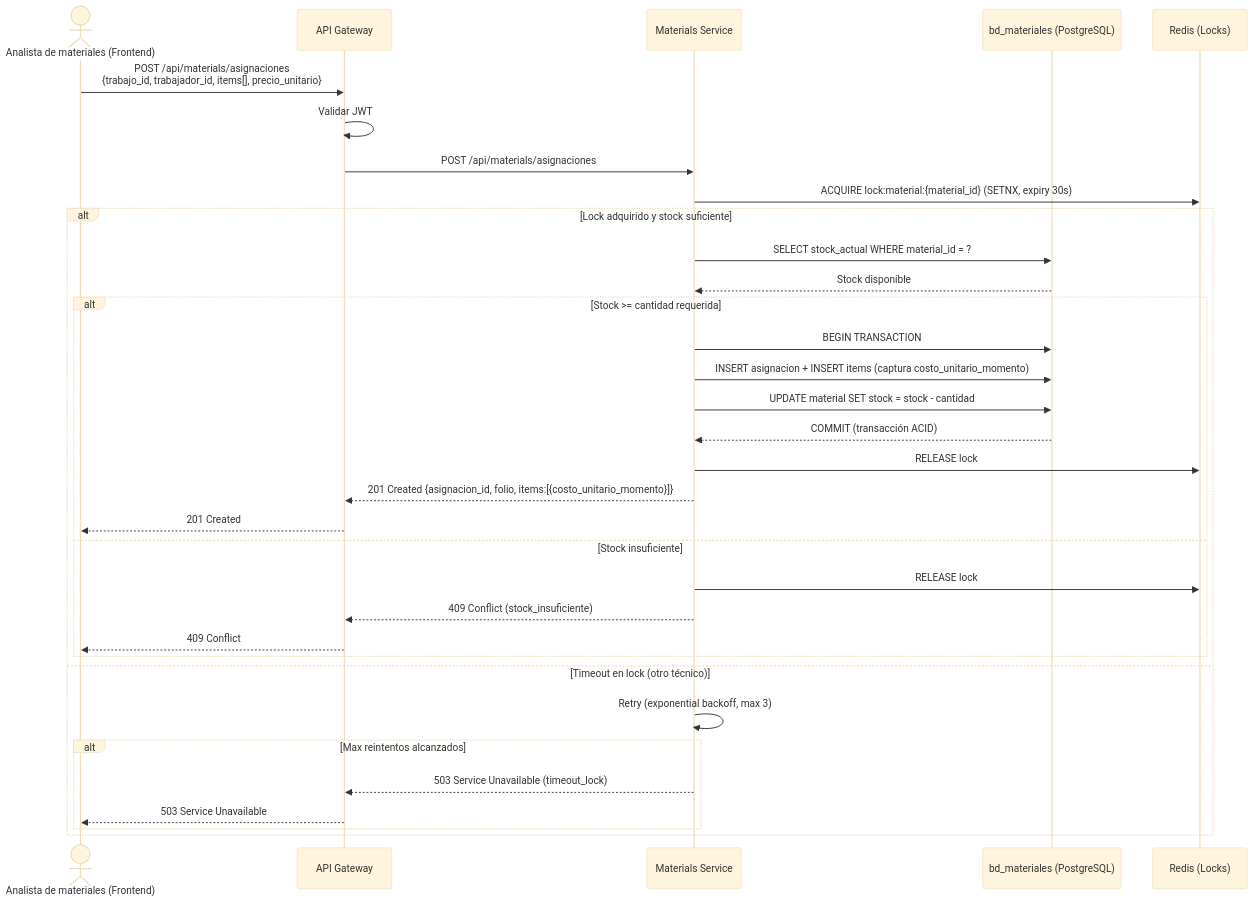
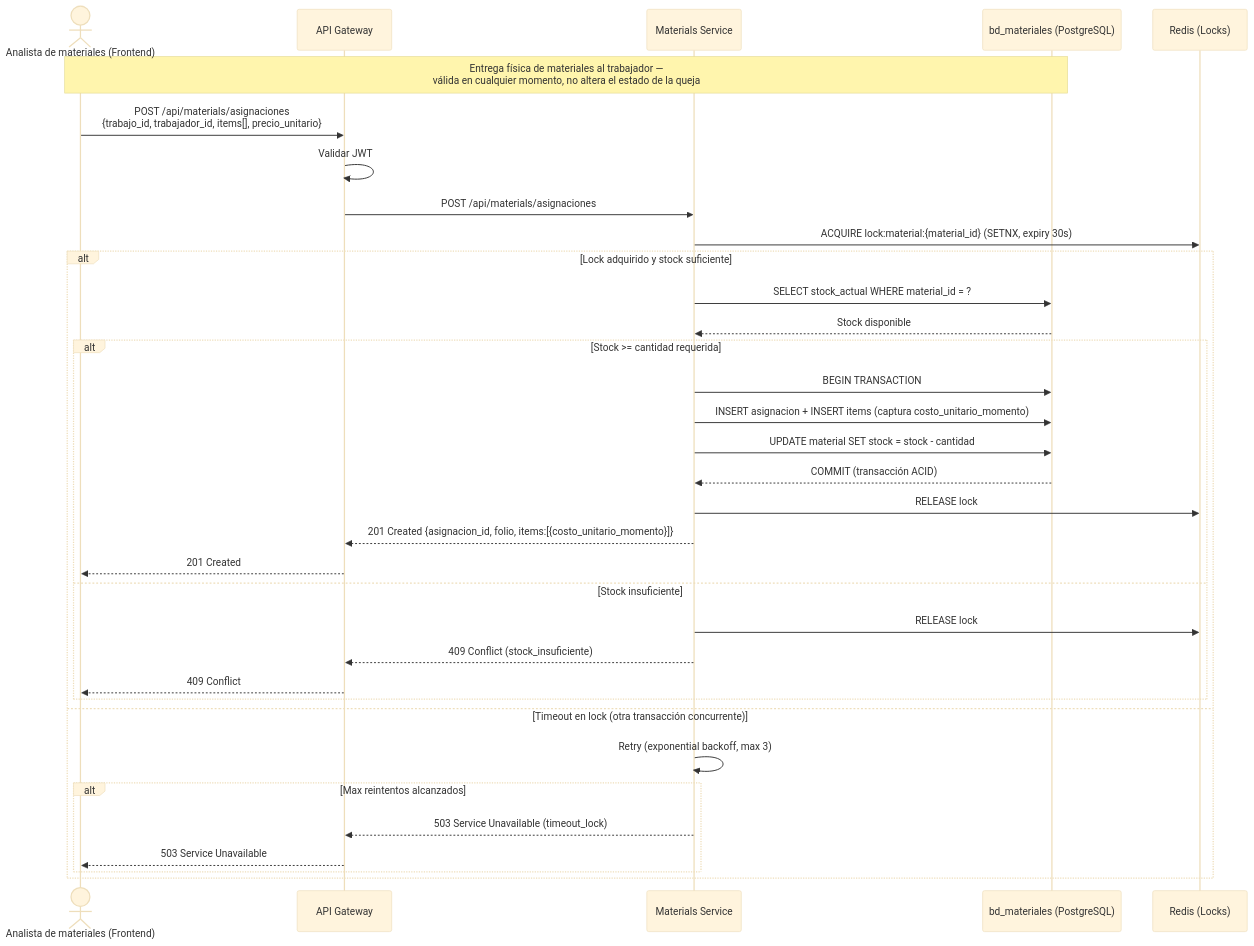
The fourth of 5 diagrams in docs/diagrams/sequence_diagrams/sequence_diagrams.md (ybotet/SISGAD5_1.0), drawn with Mermaid (base theme) before and after one commit. The commit also changed other lines of this file, not shown here.

First line of the commit message:
docs(diagrams): v2.7 secuencia — consolidación real a 5 escenarios (ex-Esc.5 consumo y ex-Esc.6 saga absorbidos en Esc.1 como reglas 9-10; Esc.4 corregido: asignación ≠ consumo, entrega física en cualquier momento; renumeración y changelog v2.0-v2.7 completo)

````diff
--- a/docs/diagrams/sequence_diagrams/sequence_diagrams.md
+++ b/docs/diagrams/sequence_diagrams/sequence_diagrams.md
@@ -264,36 +263,37 @@
 ```mermaid
 sequenceDiagram
     actor T as Analista de materiales (Frontend)
     participant GW as API Gateway
     participant MS as Materials Service
     participant MADB as bd_materiales (PostgreSQL)
     participant RDX as Redis (Locks)
 
+    Note over T,MADB: Entrega física de materiales al trabajador —<br/>válida en cualquier momento, no altera el estado de la queja
     T->>GW: POST /api/materials/asignaciones<br/>{trabajo_id, trabajador_id, items[], precio_unitario}
     GW->>GW: Validar JWT
     GW->>MS: POST /api/materials/asignaciones
     MS->>RDX: ACQUIRE lock:material:{material_id} (SETNX, expiry 30s)
     alt Lock adquirido y stock suficiente
         MS->>MADB: SELECT stock_actual WHERE material_id = ?
         MADB-->>MS: Stock disponible
         alt Stock >= cantidad requerida
             MS->>MADB: BEGIN TRANSACTION
             MS->>MADB: INSERT asignacion + INSERT items (captura costo_unitario_momento)
             MS->>MADB: UPDATE material SET stock = stock - cantidad
             MADB-->>MS: COMMIT (transacción ACID)
             MS->>RDX: RELEASE lock
             MS-->>GW: 201 Created {asignacion_id, folio, items:[{costo_unitario_momento}]}
             GW-->>T: 201 Created
         else Stock insuficiente
             MS->>RDX: RELEASE lock
             MS-->>GW: 409 Conflict (stock_insuficiente)
             GW-->>T: 409 Conflict
         end
-    else Timeout en lock (otro técnico)
+    else Timeout en lock (otra transacción concurrente)
         MS->>MS: Retry (exponential backoff, max 3)
         alt Max reintentos alcanzados
             MS-->>GW: 503 Service Unavailable (timeout_lock)
             GW-->>T: 503 Service Unavailable
         end
     end
 ```
````
